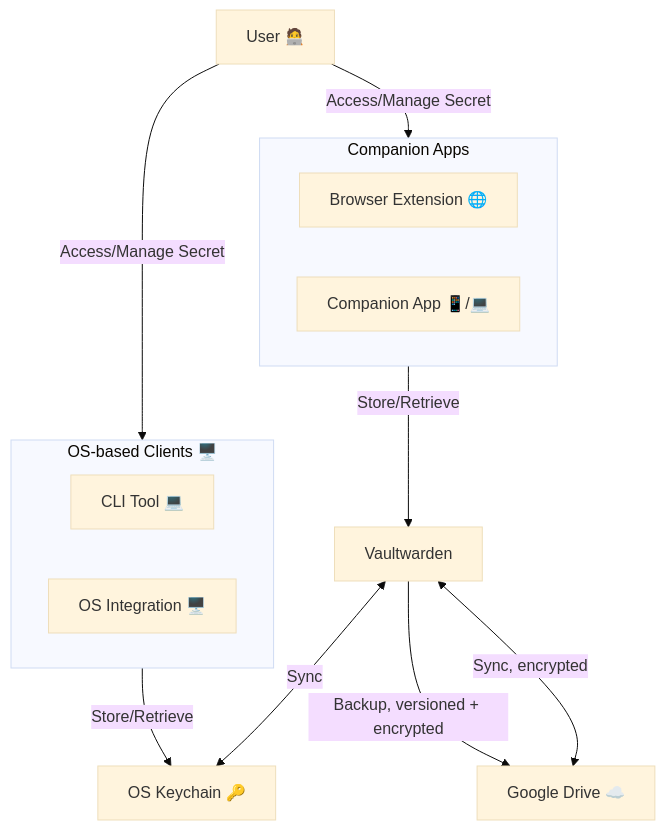
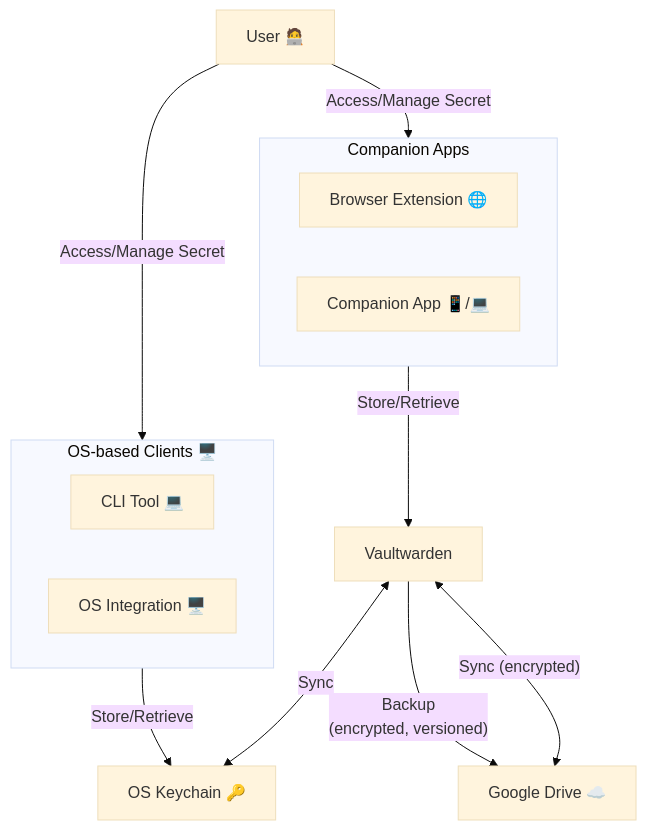
Before and after one commit to ubunatic/dotfiles: the diagram in homelab/docs/Security.md, drawn with Mermaid (base theme). The commit also changed other lines of this file and 30 other files, not shown here.

````diff
--- a/homelab/docs/Security.md
+++ b/homelab/docs/Security.md
@@ -28,28 +28,31 @@
 ```mermaid
 flowchart TD
     User[User 🧑‍💻]
 
     O[OS Keychain 🔑]
     V[Vaultwarden]
 
     subgraph Clients[OS-based Clients 🖥️]
         Cli[CLI Tool 💻️]
-        OS[OS Integration 🖥️]  
+        OS[OS Integration 🖥️]
     end
 
     subgraph Comp[Companion Apps]
         CompExt[Browser Extension 🌐]
         CompApp[Companion App 📱/💻️]
     end
 
     D[Google Drive ☁️]
 
     User -->|Access/Manage Secret| Clients & Comp
 
     Clients -->|Store/Retrieve| O
     Comp -->|Store/Retrieve| V
 
-    V <-->|Sync, encrypted| D
-    V -->|Backup, versioned + encrypted| D
+    V <-->|"Sync (encrypted)"| D
+    V -->|"
+        Backup
+        (encrypted, versioned)
+    "| D
     V <-->|Sync| O
 ```
````
